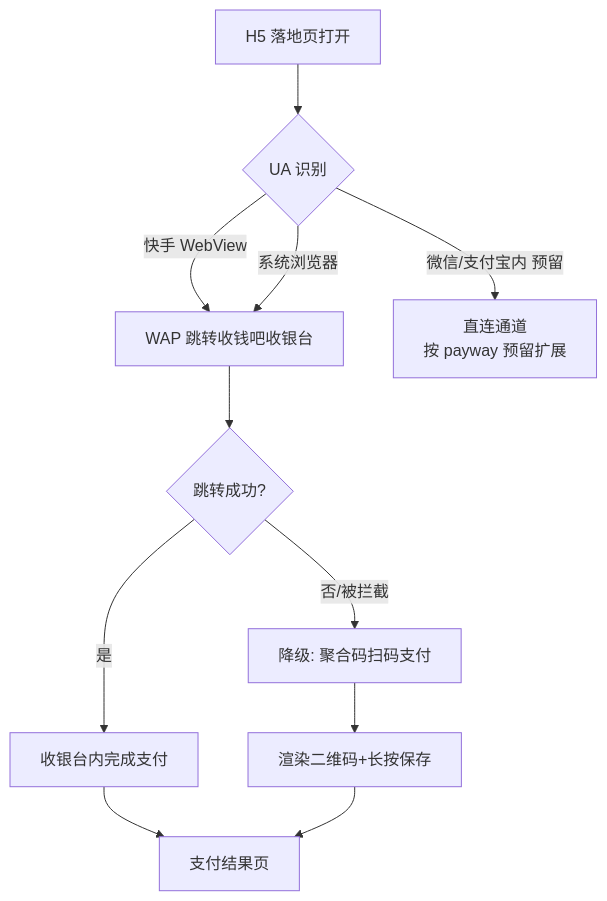
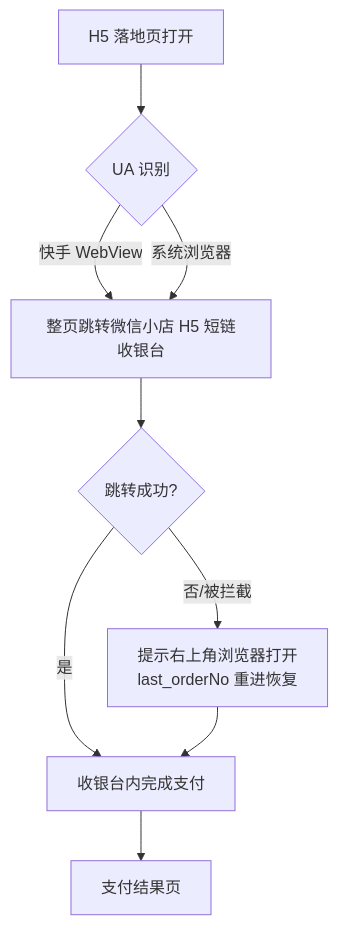
The first of 5 diagrams in doc/开发文档.md (LiquorXR/yycs), drawn with Mermaid before and after one commit. The commit also changed other lines of this file and 22 other files, not shown here.

````diff
--- a/doc/开发文档.md
+++ b/doc/开发文档.md
@@ -29,13 +29,11 @@
 ```mermaid
 flowchart TD
     A[H5 落地页打开] --> B{UA 识别}
-    B -->|快手 WebView| C[WAP 跳转收钱吧收银台]
+    B -->|快手 WebView| C[整页跳转微信小店 H5 短链收银台]
     B -->|系统浏览器| C
-    B -->|微信/支付宝内 预留| E[直连通道<br>按 payway 预留扩展]
     C --> F{跳转成功?}
     F -->|是| G[收银台内完成支付]
-    F -->|否/被拦截| H[降级: 聚合码扫码支付]
-    H --> I[渲染二维码+长按保存]
+    F -->|否/被拦截| H[提示右上角浏览器打开<br/>last_orderNo 重进恢复]
+    H --> G
     G --> J[支付结果页]
-    I --> J
 ```
````
